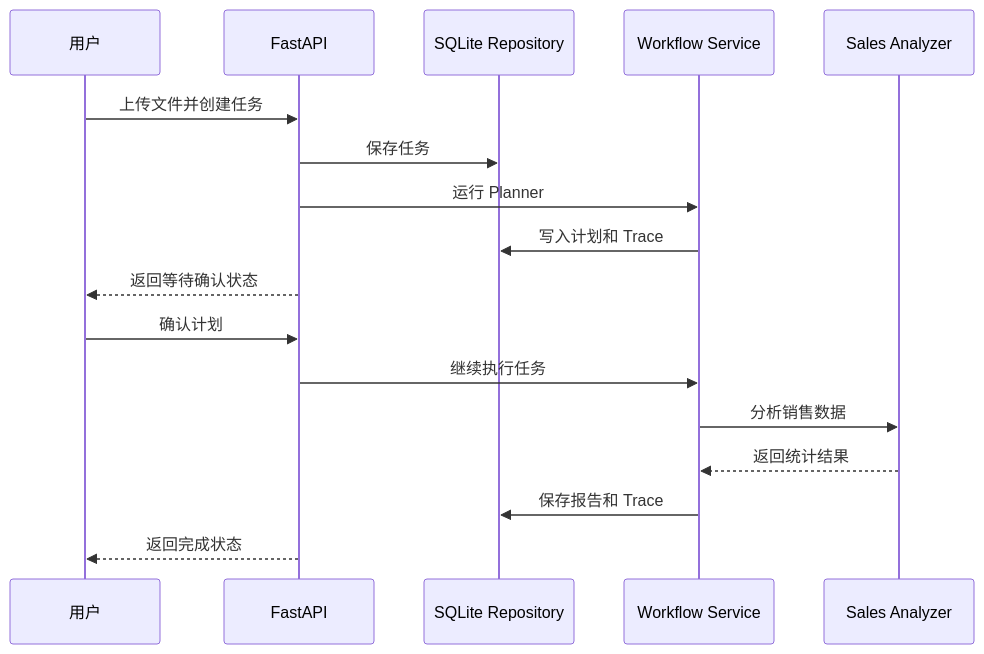
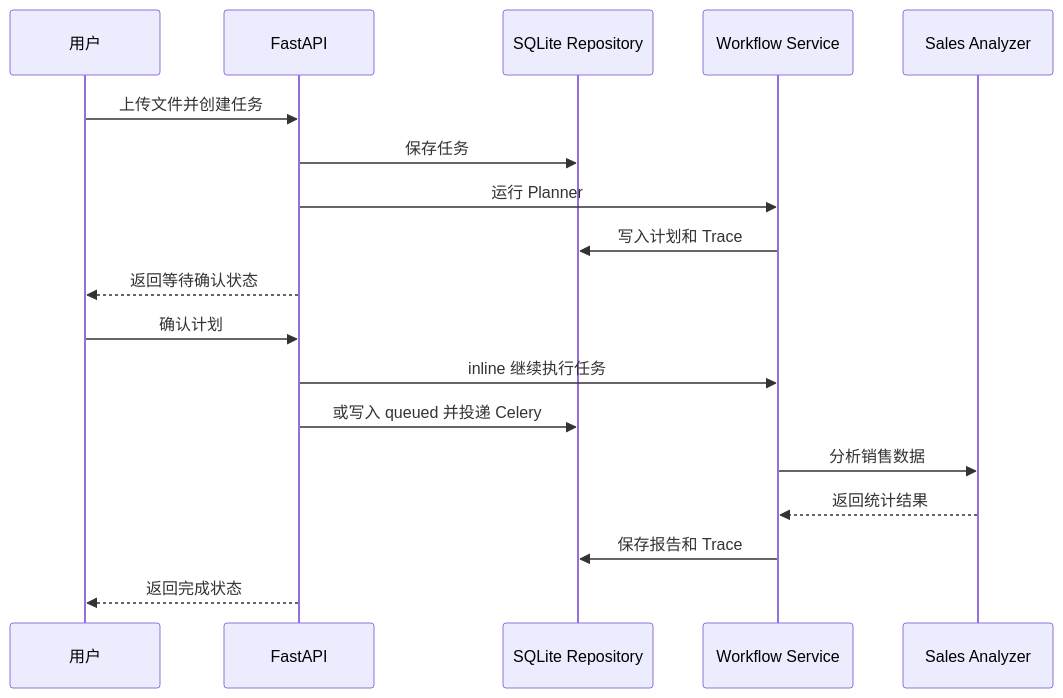
The second of 2 diagrams in docs/architecture.md (yan073747/document-workflow-agent), drawn with Mermaid before and after one commit. The commit also changed other lines of this file and 32 other files, not shown here.

````diff
--- a/docs/architecture.md
+++ b/docs/architecture.md
@@ -39,20 +47,21 @@
 ```mermaid
 sequenceDiagram
   participant User as 用户
   participant API as FastAPI
   participant Repo as SQLite Repository
   participant Workflow as Workflow Service
   participant Tool as Sales Analyzer
 
   User->>API: 上传文件并创建任务
   API->>Repo: 保存任务
   API->>Workflow: 运行 Planner
   Workflow->>Repo: 写入计划和 Trace
   API-->>User: 返回等待确认状态
   User->>API: 确认计划
-  API->>Workflow: 继续执行任务
+  API->>Workflow: inline 继续执行任务
+  API->>Repo: 或写入 queued 并投递 Celery
   Workflow->>Tool: 分析销售数据
   Tool-->>Workflow: 返回统计结果
   Workflow->>Repo: 保存报告和 Trace
   API-->>User: 返回完成状态
 ```
````
